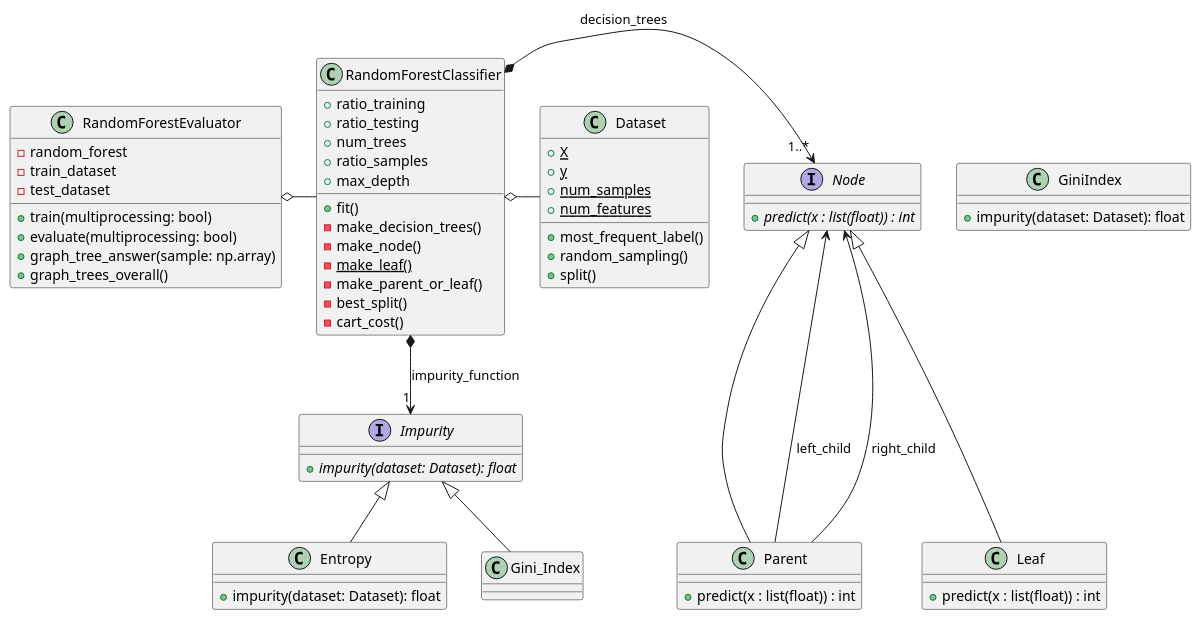
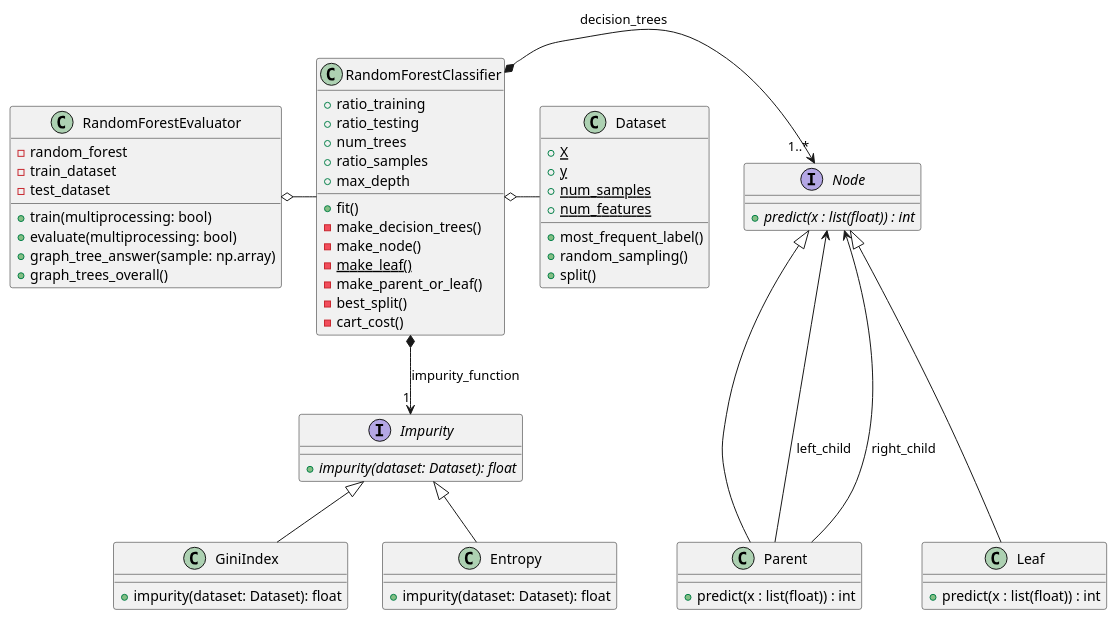
The diagram in Practica/Milestone 1/RandomForest.puml (NIU1752648/POO), drawn with PlantUML before and after one commit. The commit also changed 8 other files, not shown here.

```diff
--- a/Practica/Milestone 1/RandomForest.puml
+++ b/Practica/Milestone 1/RandomForest.puml
@@ -1,74 +1,74 @@
 @startuml RandomForest
 
 class RandomForestEvaluator {
 -random_forest
 -train_dataset
 -test_dataset
 +train(multiprocessing: bool)
 +evaluate(multiprocessing: bool)
 +graph_tree_answer(sample: np.array)
 +graph_trees_overall()
 }
 
 class RandomForestClassifier {
 +ratio_training
 +ratio_testing
 +num_trees
 +ratio_samples
 +max_depth
 +fit()
 -make_decision_trees()
 -make_node()
 - {static}make_leaf()
 -make_parent_or_leaf()
 -best_split()
 -cart_cost()
 }
 
 interface Impurity {
 {abstract}+impurity(dataset: Dataset): float
 }
 
 class GiniIndex {
     +impurity(dataset: Dataset): float
 }
 
 class Entropy {
     +impurity(dataset: Dataset): float
 }
 
 interface Node {
 {abstract} +predict(x : list(float)) : int
 }
 
 class Leaf {
 +predict(x : list(float)) : int
 }
 
 class Parent {
 +predict(x : list(float)) : int
 }
 
 class Dataset {
 + {static}X
 + {static}y
 + {static}num_samples
 + {static}num_features
 
 + most_frequent_label()
 + random_sampling()
 +split()
 }
 
 RandomForestClassifier *-down-> "1" Impurity: impurity_function
-Impurity <|-down- Gini_Index
+Impurity <|-down- GiniIndex
 Impurity <|-down- Entropy
 RandomForestClassifier *-right-> "1..*" Node : decision_trees
 Leaf -up--|> Node
 Parent -up--|> Node
 Parent ---> Node : left_child
 Parent ---> Node : right_child
 RandomForestClassifier o-right- Dataset
 RandomForestEvaluator o-right- RandomForestClassifier
 
 @enduml
```
